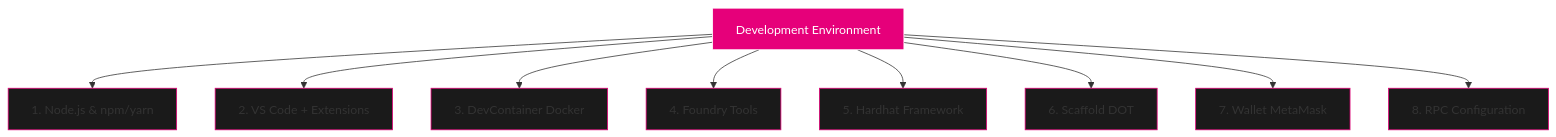
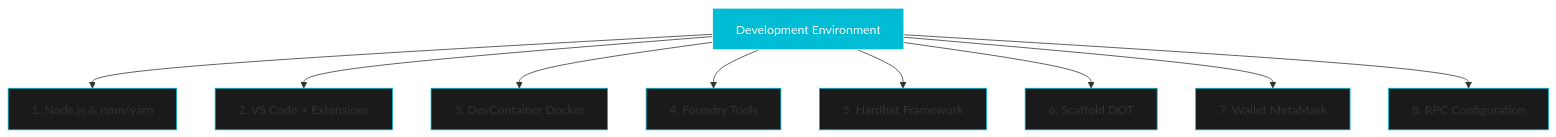
Before and after one commit to openguild-labs/polkadot-codecamp: the third of 5 diagrams in slides/evm-tooling-development-setup.md, drawn with Mermaid. The commit also changed other lines of this file and 6 other files, not shown here.

````diff
--- a/slides/evm-tooling-development-setup.md
+++ b/slides/evm-tooling-development-setup.md
@@ -150,23 +150,23 @@
 ```mermaid
 graph TB
     START[Development Environment]
 
     START --> NODE[1. Node.js & npm/yarn]
     START --> VSCODE[2. VS Code + Extensions]
     START --> DOCKER[3. DevContainer Docker]
     START --> FOUNDRY[4. Foundry Tools]
     START --> HARDHAT[5. Hardhat Framework]
     START --> SCAFFOLD[6. Scaffold DOT]
     START --> WALLET[7. Wallet MetaMask]
     START --> RPC[8. RPC Configuration]
 
-    style START fill:#E6007A,stroke:#fff,color:#fff
-    style NODE fill:#1a1a1a,stroke:#E6007A
-    style VSCODE fill:#1a1a1a,stroke:#E6007A
-    style DOCKER fill:#1a1a1a,stroke:#E6007A
-    style FOUNDRY fill:#1a1a1a,stroke:#E6007A
-    style HARDHAT fill:#1a1a1a,stroke:#E6007A
-    style SCAFFOLD fill:#1a1a1a,stroke:#E6007A
-    style WALLET fill:#1a1a1a,stroke:#E6007A
-    style RPC fill:#1a1a1a,stroke:#E6007A
+    style START fill:#00BCD4,stroke:#fff,color:#fff
+    style NODE fill:#1a1a1a,stroke:#00BCD4
+    style VSCODE fill:#1a1a1a,stroke:#00BCD4
+    style DOCKER fill:#1a1a1a,stroke:#00BCD4
+    style FOUNDRY fill:#1a1a1a,stroke:#00BCD4
+    style HARDHAT fill:#1a1a1a,stroke:#00BCD4
+    style SCAFFOLD fill:#1a1a1a,stroke:#00BCD4
+    style WALLET fill:#1a1a1a,stroke:#00BCD4
+    style RPC fill:#1a1a1a,stroke:#00BCD4
 ```
````
